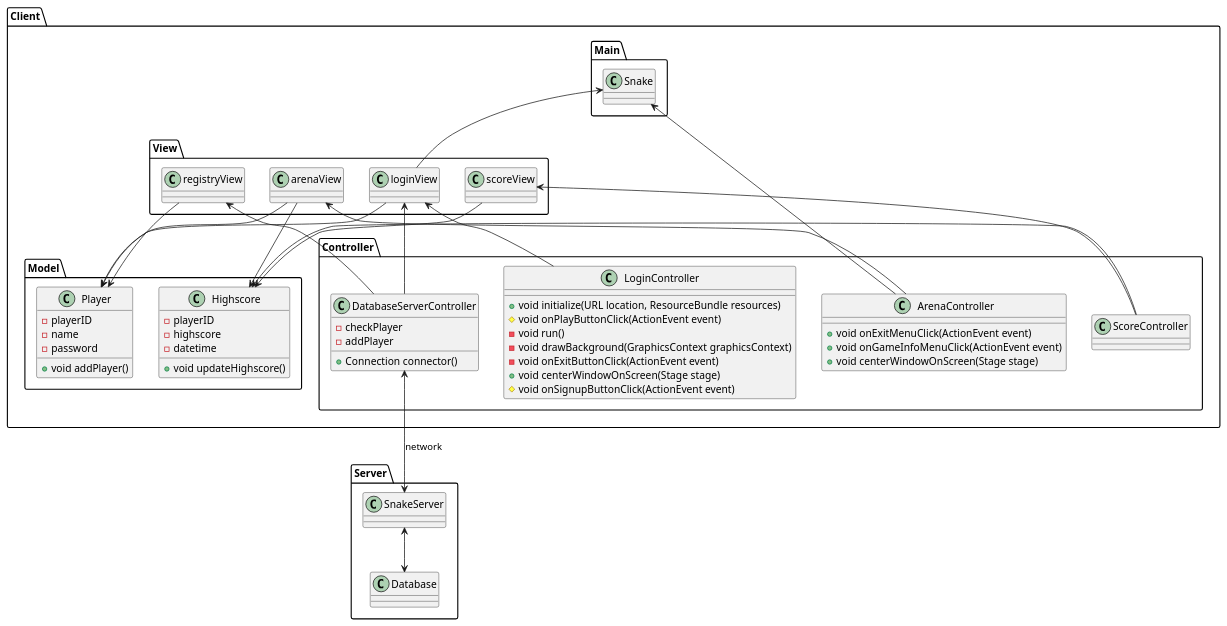
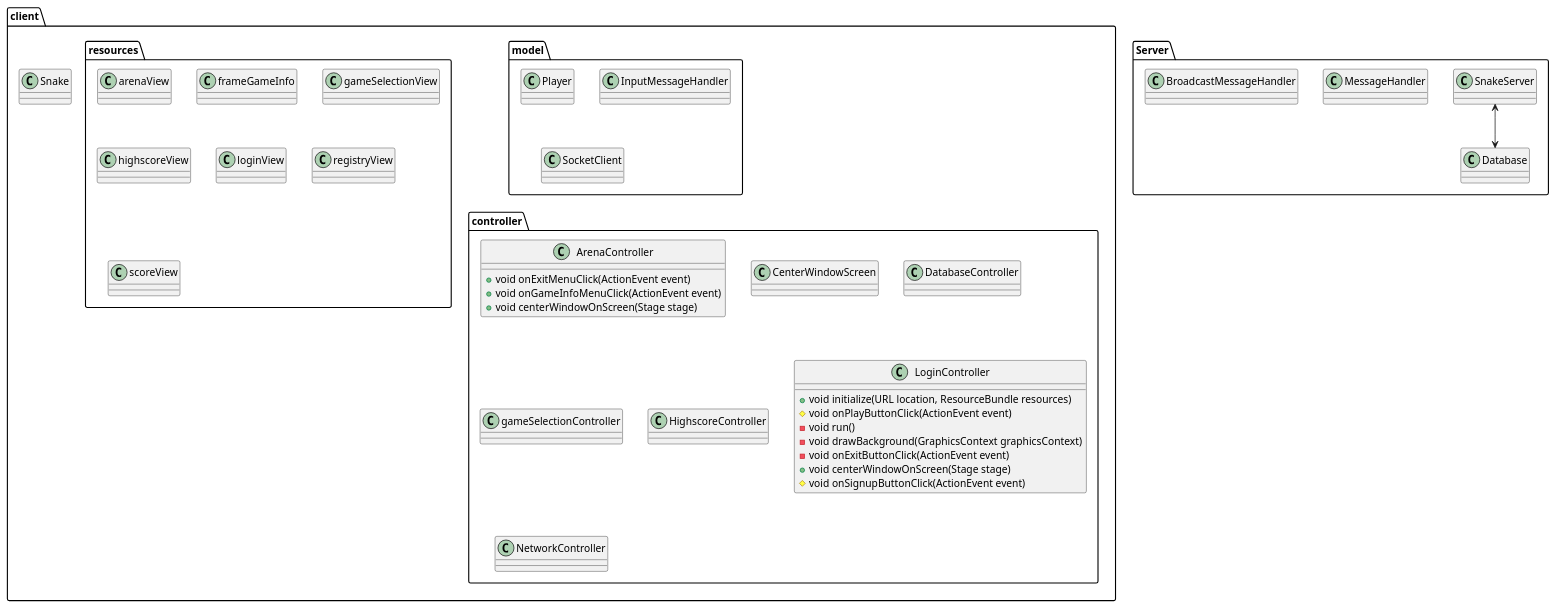
Before and after one commit to s74594/Multiplayer_Snake: the diagram in plantUML/MultiplayerSnake.puml, drawn with PlantUML.

Commit message:
UML-Update

```diff
--- a/plantUML/MultiplayerSnake.puml
+++ b/plantUML/MultiplayerSnake.puml
@@ -1,88 +1,75 @@
 @startuml
 'https://plantuml.com/class-diagram
 '- Indicates private
 '+ Indicates public
 '# Indicates protected
 
-package Client {
-    package Main {
-        class Snake {}
+package client {
+    class Snake {}
+
+    package model {
+        class Player {}
+
+        class InputMessageHandler {}
+
+        class SocketClient {}
     }
 
-    package Model {
-        class Player{
-        -playerID
-        -name
-        -password
-        +void addPlayer()
-        }
+    package resources {
+        class arenaView {}
 
-        class Highscore{
-        -playerID
-        -highscore
-        -datetime
-        +void updateHighscore()
-        }
+        class frameGameInfo {}
+
+        class gameSelectionView {}
+
+        class highscoreView {}
+
+        class loginView {}
+
+        class registryView {}
+
+        class scoreView {}
     }
 
-    package View {
-        class scoreView{}
-
-        class registryView{}
-
-        class loginView{}
-
-        class arenaView{}
-    }
-
-    package Controller {
-        class ScoreController {}
-
-        class DatabaseServerController {
-        -checkPlayer
-        -addPlayer
-        +Connection connector()
-        }
+    package controller {
 
         class ArenaController {
         +void onExitMenuClick(ActionEvent event)
         +void onGameInfoMenuClick(ActionEvent event)
         +void centerWindowOnScreen(Stage stage)
         }
+
+        class CenterWindowScreen {}
+
+        class DatabaseController {}
+
+        class gameSelectionController {}
+
+        class HighscoreController {}
 
         class LoginController {
         +void initialize(URL location, ResourceBundle resources)
         #void onPlayButtonClick(ActionEvent event)
         -void run()
         -void drawBackground(GraphicsContext graphicsContext)
         -void onExitButtonClick(ActionEvent event)
         +void centerWindowOnScreen(Stage stage)
         #void onSignupButtonClick(ActionEvent event)
         }
+
+        class NetworkController {}
     }
     'connections
-    registryView --> Player
-    loginView --> Player
-    Highscore <-- scoreView
-    Snake <-- loginView
-    scoreView <-- ScoreController
-    registryView <-- DatabaseServerController
-    loginView <-- DatabaseServerController
-    arenaView <-- ArenaController
-    ArenaController --> Snake
-    ScoreController --> Highscore
-    LoginController --> loginView
-    arenaView --> Player
-    arenaView --> Highscore
     }
 
 package Server {
-    class SnakeServer
+    class SnakeServer {}
     class Database {}
+    class MessageHandler {}
+    class BroadcastMessageHandler{}
     'connections
     SnakeServer <--> Database
 }
 
 'connections
-DatabaseServerController <--> SnakeServer :network
 @enduml
```
